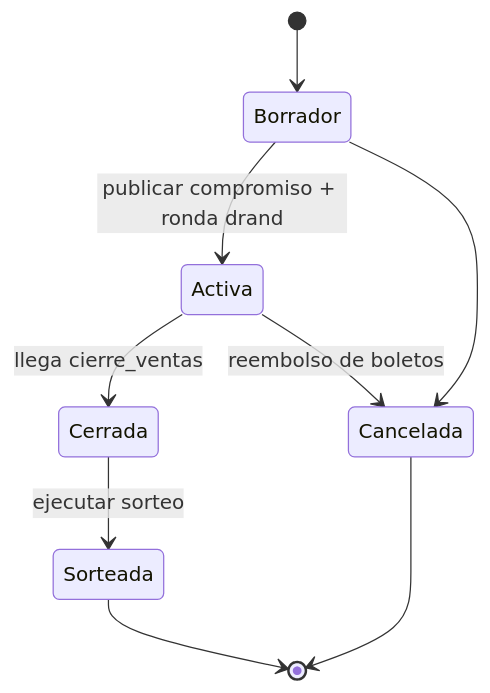
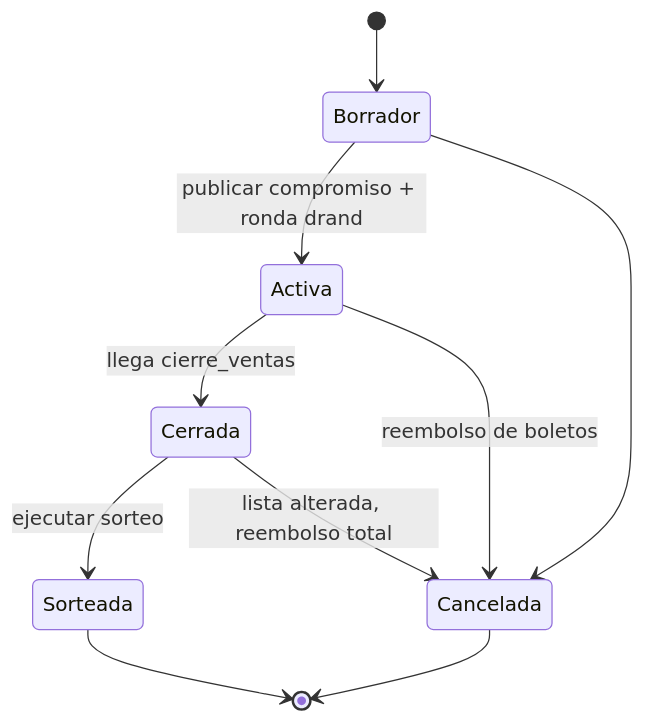
One commit to kanoso/ecommcerce-saas-sonet changed the fifth of 12 diagrams in DOCS/RIFAS/ESPECIFICACIONES-RIFAS.md. Above: the diagram before and after it, drawn with Mermaid. The commit also changed other lines of this file and 444 other files, not shown here.

````diff
--- a/DOCS/RIFAS/ESPECIFICACIONES-RIFAS.md
+++ b/DOCS/RIFAS/ESPECIFICACIONES-RIFAS.md
@@ -345,11 +372,12 @@
 ```mermaid
 stateDiagram-v2
     [*] --> Borrador
     Borrador --> Activa: publicar compromiso + ronda drand
     Activa --> Cerrada: llega cierre_ventas
     Cerrada --> Sorteada: ejecutar sorteo
     Borrador --> Cancelada
     Activa --> Cancelada: reembolso de boletos
+    Cerrada --> Cancelada: lista alterada, reembolso total
     Sorteada --> [*]
     Cancelada --> [*]
 ```
````
